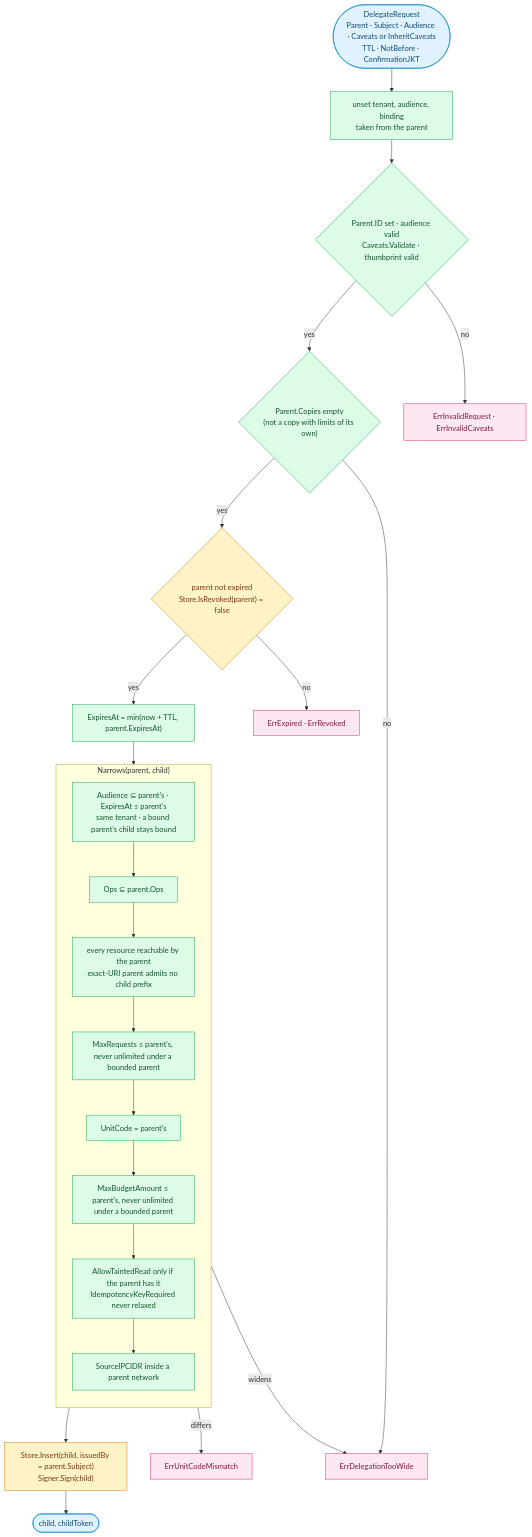
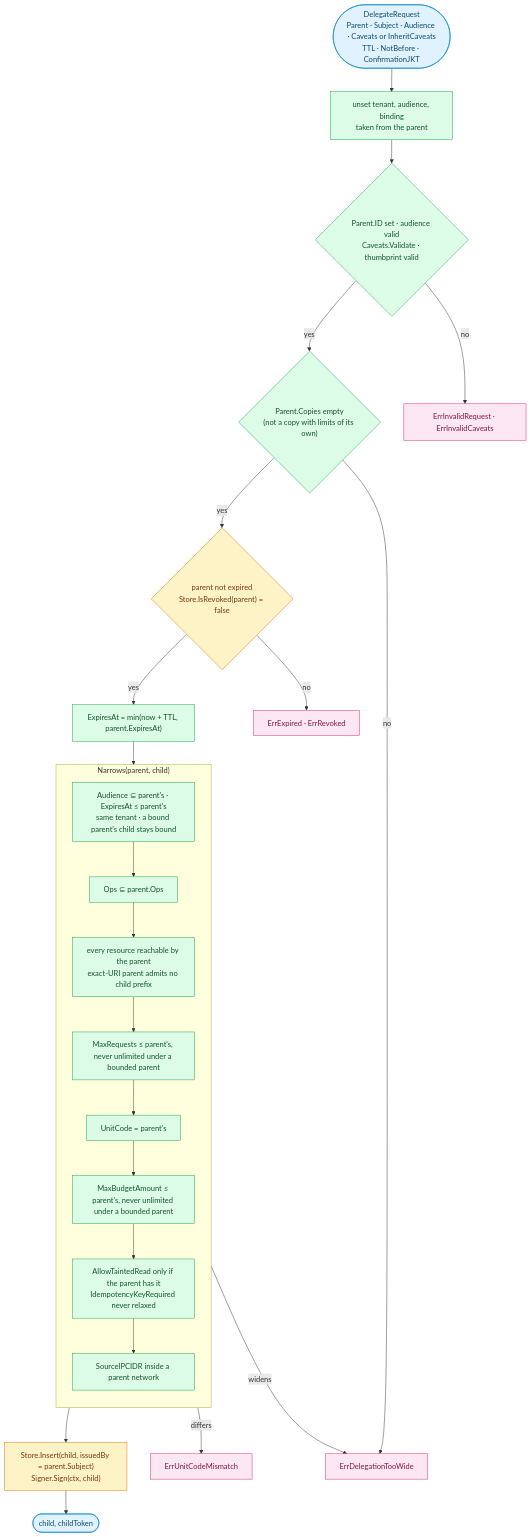
The sixth of 10 diagrams in docs/diagrams.md (oleg-tkachuk/limes), drawn with Mermaid before and after one commit. The commit also changed other lines of this file and 10 other files, not shown here.

First line of the commit message:
feat(signer)!: sign under the caller's context

````diff
--- a/docs/diagrams.md
+++ b/docs/diagrams.md
@@ -316,47 +316,47 @@
 ```mermaid
 flowchart TB
     req(["DelegateRequest<br/>Parent · Subject · Audience · Caveats or InheritCaveats<br/>TTL · NotBefore · ConfirmationJKT"])
     fill["unset tenant, audience, binding<br/>taken from the parent"]
     valid{"Parent.ID set · audience valid<br/>Caveats.Validate · thumbprint valid"}
     copyp{"Parent.Copies empty<br/>(not a copy with limits of its own)"}
     alive{"parent not expired<br/>Store.IsRevoked(parent) = false"}
     clamp["ExpiresAt = min(now + TTL, parent.ExpiresAt)"]
 
     subgraph nar ["Narrows(parent, child)"]
         direction TB
         n0["Audience ⊆ parent's · ExpiresAt ≤ parent's<br/>same tenant · a bound parent's child stays bound"]
         n1["Ops ⊆ parent.Ops"]
         n2["every resource reachable by the parent<br/>exact-URI parent admits no child prefix"]
         n3["MaxRequests ≤ parent's, never unlimited under a bounded parent"]
         n4["UnitCode = parent's"]
         n5["MaxBudgetAmount ≤ parent's, never unlimited under a bounded parent"]
         n6["AllowTaintedRead only if the parent has it<br/>IdempotencyKeyRequired never relaxed"]
         n7["SourceIPCIDR inside a parent network"]
         n0 --> n1 --> n2 --> n3 --> n4 --> n5 --> n6 --> n7
     end
 
-    persist["Store.Insert(child, issuedBy = parent.Subject)<br/>Signer.Sign(child)"]
+    persist["Store.Insert(child, issuedBy = parent.Subject)<br/>Signer.Sign(ctx, child)"]
     ok(["child, childToken"])
 
     wide["ErrDelegationTooWide"]
     unit["ErrUnitCodeMismatch"]
     dead["ErrExpired · ErrRevoked"]
     inval["ErrInvalidRequest · ErrInvalidCaveats"]
 
     req --> fill --> valid -- yes --> copyp -- yes --> alive -- yes --> clamp --> n0
     n7 --> persist --> ok
     valid -- no --> inval
     alive -- no --> dead
     n4 -- differs --> unit
     nar -- widens --> wide
     copyp -- no --> wide
 
     classDef client fill:#E0F2FE,stroke:#0284C7,color:#0C4A6E
     classDef role fill:#DCFCE7,stroke:#16A34A,color:#14532D
     classDef store fill:#FEF3C7,stroke:#D97706,color:#78350F
     classDef external fill:#FCE7F3,stroke:#DB2777,color:#831843
     class req,ok client
     class fill,valid,copyp,clamp,n0,n1,n2,n3,n4,n5,n6,n7 role
     class alive,persist store
     class wide,unit,dead,inval external
 ```
````
